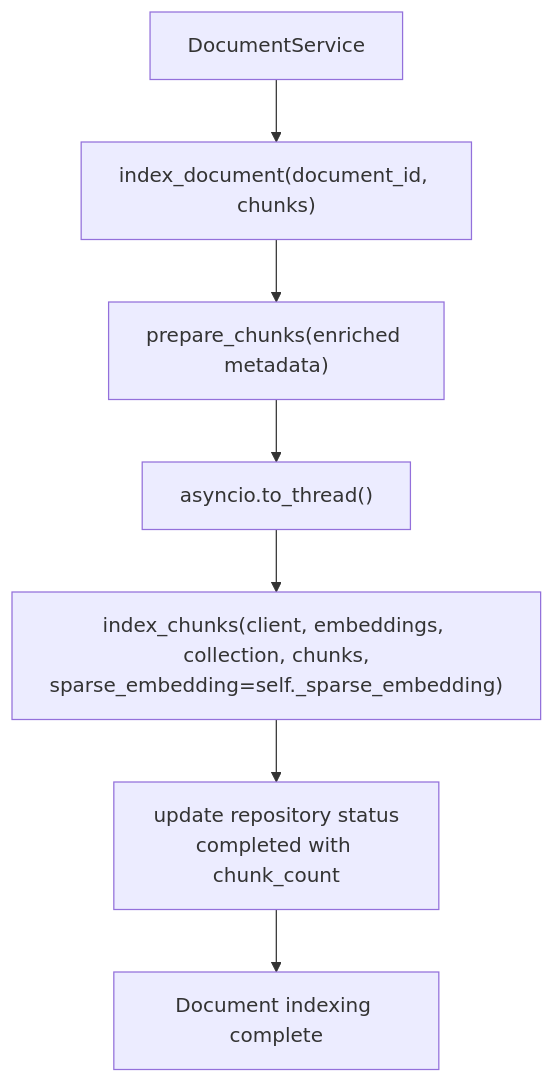
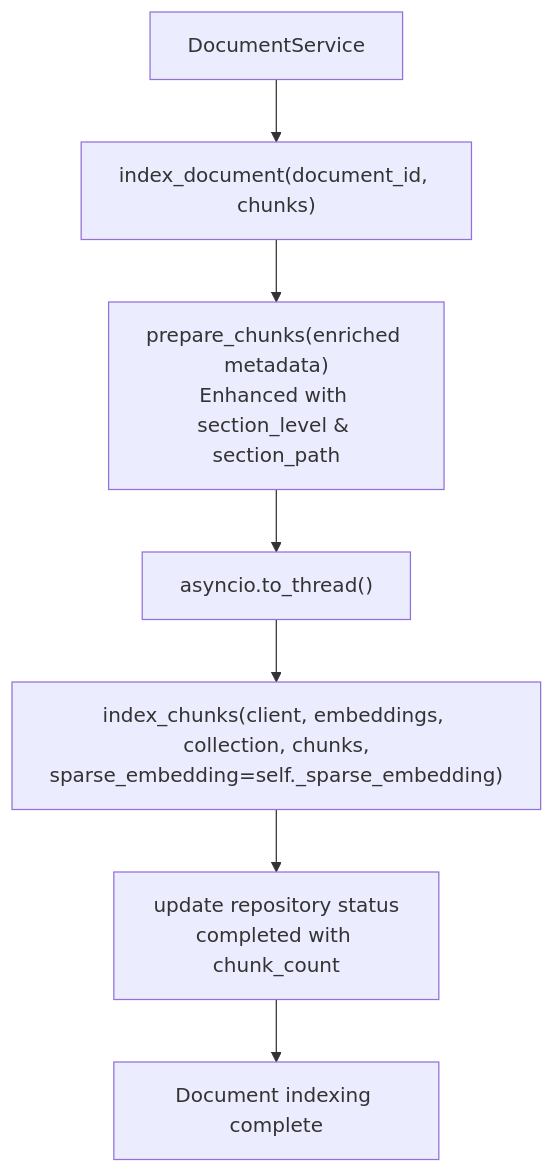
One commit to ognelis/cafetera_hr_bot changed diagram 12 of 14 in .qoder/repowiki/en/content/RAG Integration/RAG Parser Enhancement.md. Above: the diagram before and after it, drawn with Mermaid. The commit also changed other lines of this file and 2 other files, not shown here.

````diff
--- a/.qoder/repowiki/en/content/RAG Integration/RAG Parser Enhancement.md
+++ b/.qoder/repowiki/en/content/RAG Integration/RAG Parser Enhancement.md
@@ -517,9 +556,9 @@
 ```mermaid
 flowchart TD
 DocumentService["DocumentService"] --> IndexDocument["index_document(document_id, chunks)"]
-IndexDocument --> PrepareChunks["prepare_chunks(enriched metadata)"]
+IndexDocument --> PrepareChunks["prepare_chunks(enriched metadata)<br/>Enhanced with section_level & section_path"]
 PrepareChunks --> AsyncThread["asyncio.to_thread()"]
 AsyncThread --> IndexChunks["index_chunks(client, embeddings, collection, chunks,<br/>sparse_embedding=self._sparse_embedding)"]
 IndexChunks --> UpdateRepo["update repository status<br/>completed with chunk_count"]
 UpdateRepo --> Complete["Document indexing complete"]
 ```
````
